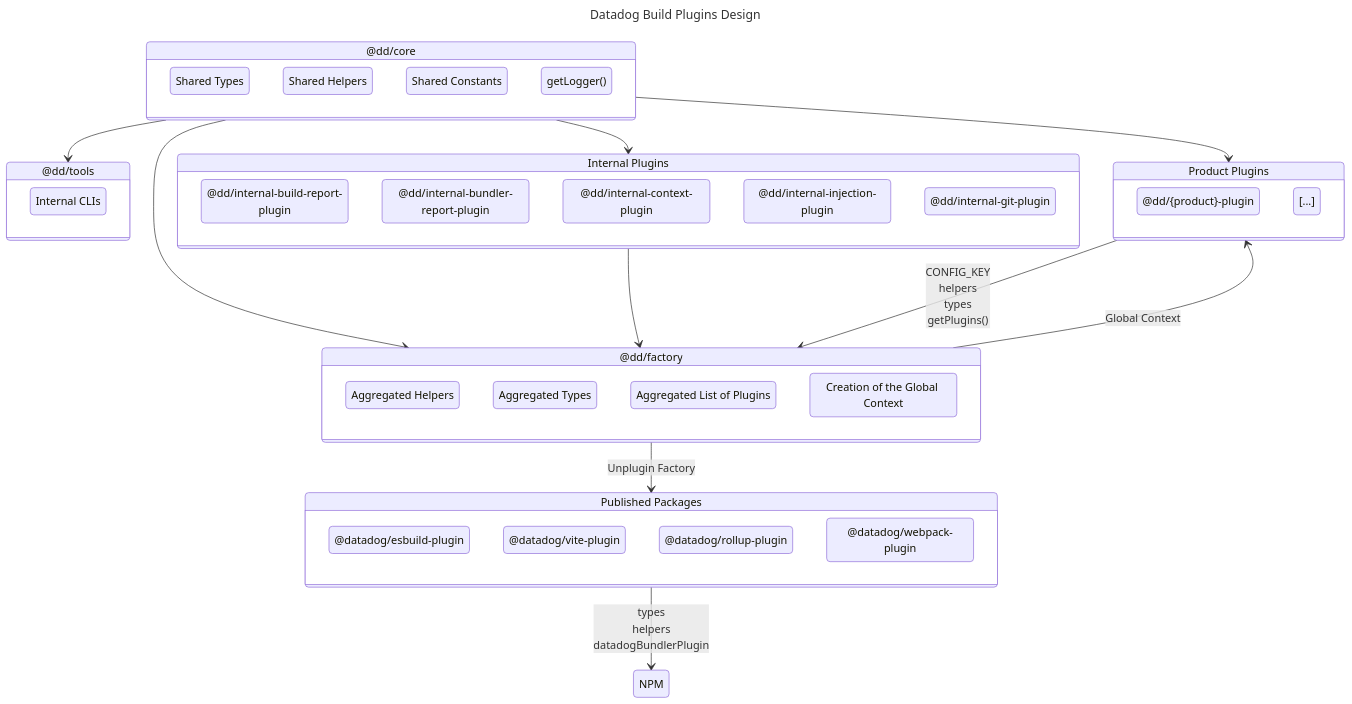
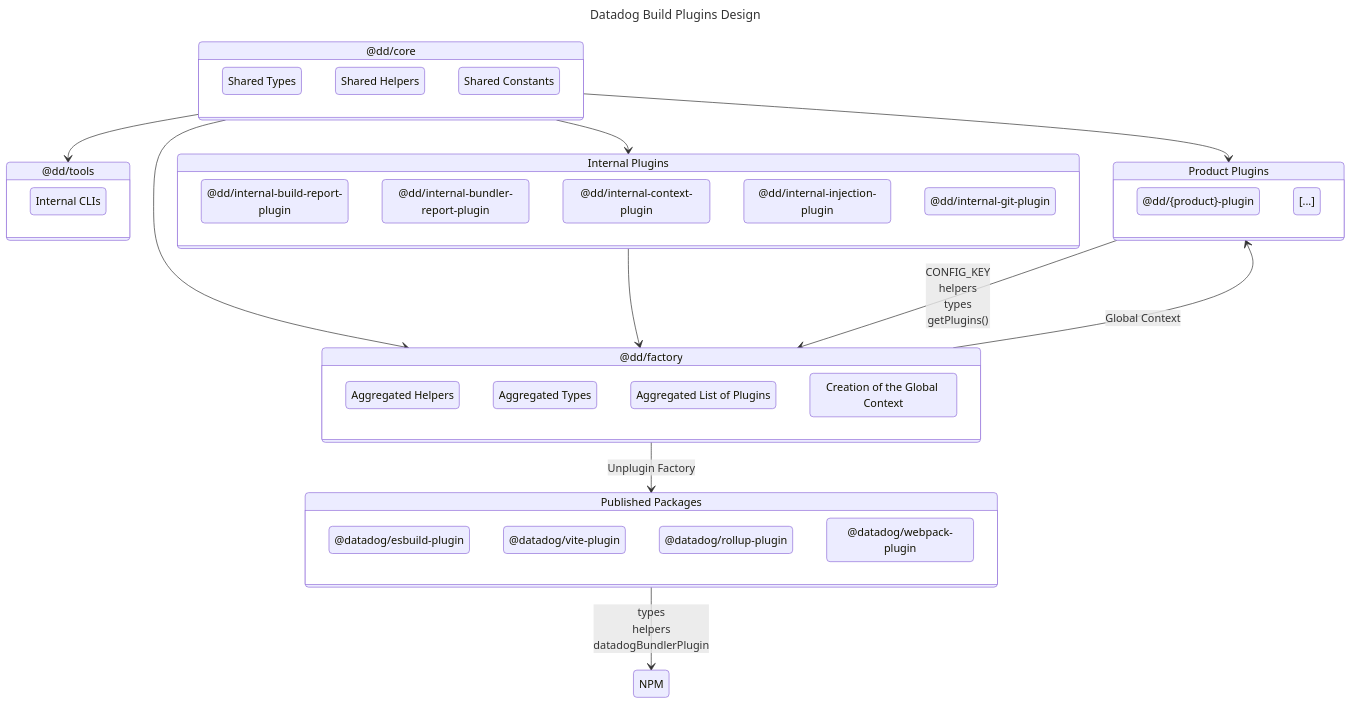
One commit to DataDog/build-plugins changed the diagram in CONTRIBUTING.md. Above: the diagram before and after it, drawn with Mermaid. The commit also changed other lines of this file and 35 other files, not shown here.

````diff
--- a/CONTRIBUTING.md
+++ b/CONTRIBUTING.md
@@ -77,79 +77,78 @@
 ```mermaid
 ---
 title: Datadog Build Plugins Design
 ---
 stateDiagram-v2
     published: Published Packages
     productPlugins: Product Plugins
     productPlugin: @dd/{product}-plugin
     productPlugin2: [...]
     esbuildplugin: @datadog/esbuild-plugin
     viteplugin: @datadog/vite-plugin
     rollupplugin: @datadog/rollup-plugin
     webpackplugin: @datadog/webpack-plugin
     tools: @dd/tools
     factory: @dd/factory
     core: @dd/core
     types: Shared Types
     sharedHelpers: Shared Helpers
     sharedConstants: Shared Constants
     helpers: Aggregated Helpers
     atypes: Aggregated Types
     aplugins: Aggregated List of Plugins
     contextCreation: Creation of the Global Context
     cli: Internal CLIs
     internalPlugins: Internal Plugins
     buildReportPlugin: @dd/internal-build-report-plugin
     bundlerReportPlugin: @dd/internal-bundler-report-plugin
     contextPlugin: @dd/internal-context-plugin
     injectionPlugin: @dd/internal-injection-plugin
     gitPlugin: @dd/internal-git-plugin
 
     state internalPlugins {
         buildReportPlugin
         bundlerReportPlugin
         contextPlugin
         gitPlugin
         injectionPlugin
     }
 
     state core {
-        getLogger()
         sharedHelpers
         sharedConstants
         types
     }
 
     state published {
         esbuildplugin
         viteplugin
         rollupplugin
         webpackplugin
     }
 
     state productPlugins {
         productPlugin
         productPlugin2
     }
 
     state factory {
         contextCreation
         helpers
         atypes
         aplugins
     }
 
     state tools {
         cli
     }
 
     internalPlugins --> factory
     productPlugins --> factory: CONFIG_KEY<br/>helpers<br/>types<br/>getPlugins()
     core --> tools
     core --> factory
     core --> internalPlugins
     core --> productPlugins
     factory --> productPlugins: Global Context
     factory --> published: Unplugin Factory
     published --> NPM: types<br/>helpers<br/>datadogBundlerPlugin
 ```
````
